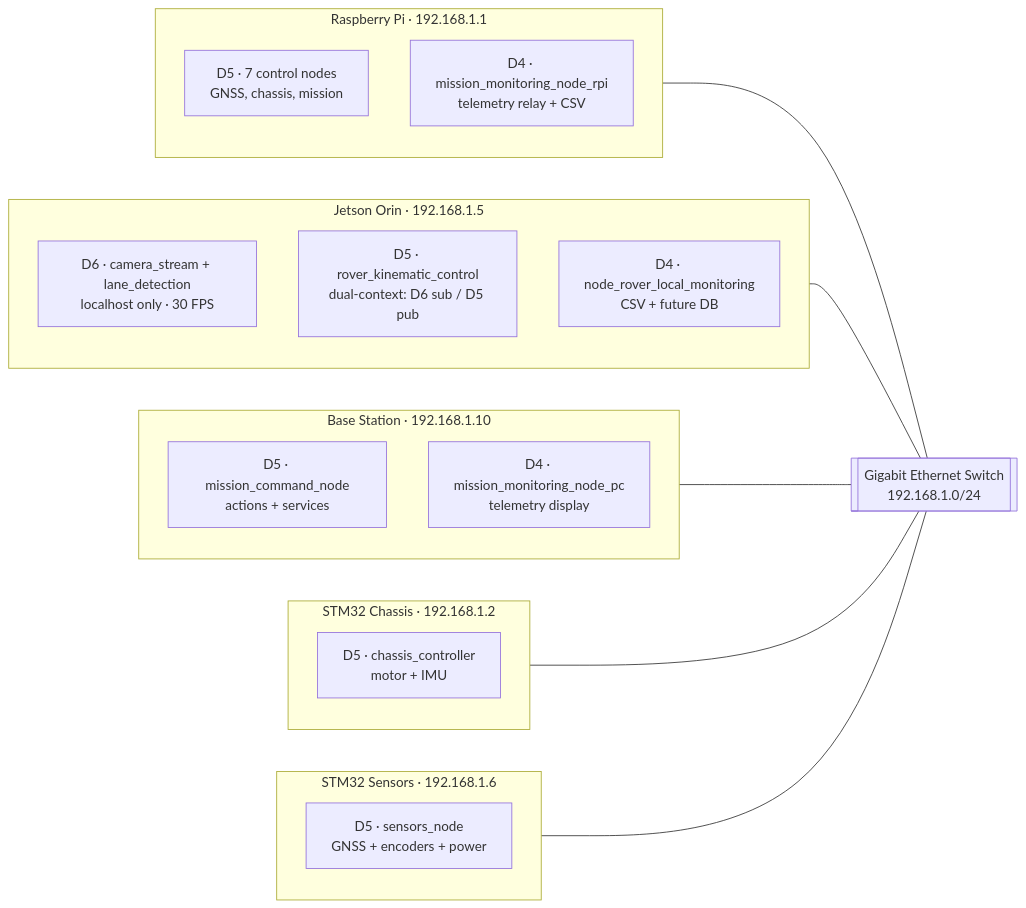
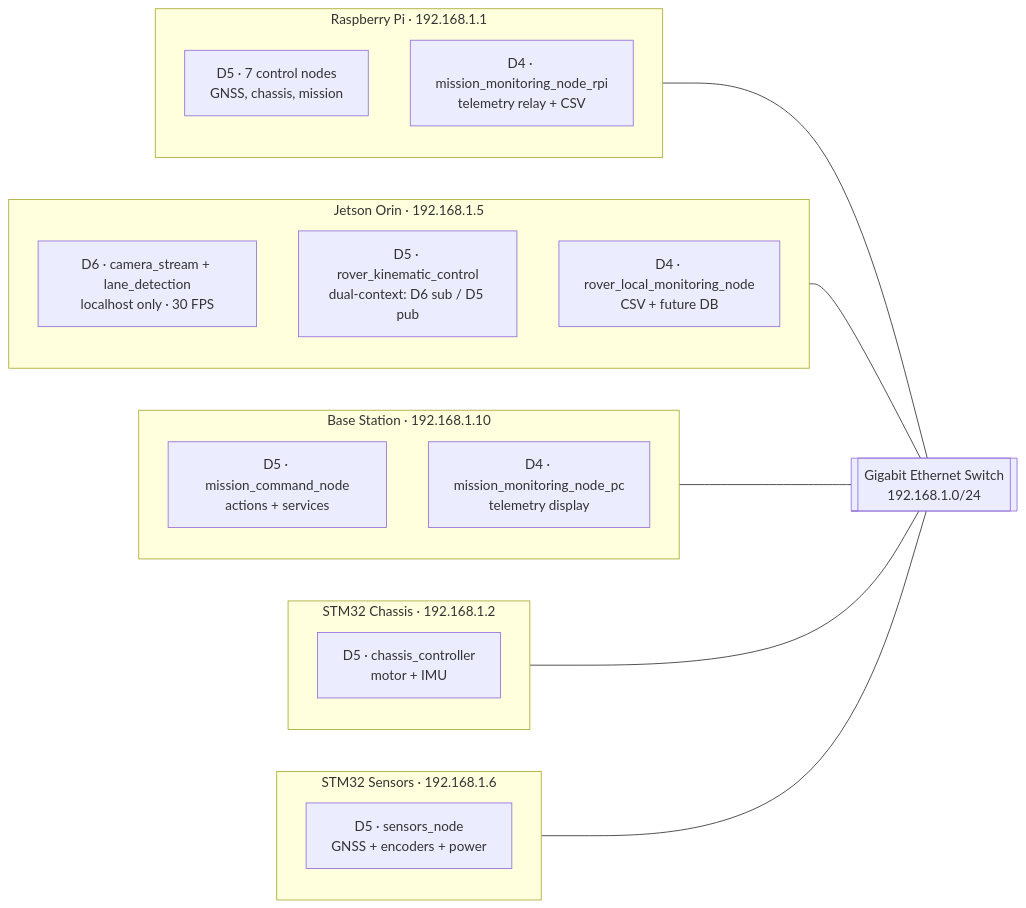
One commit to RoboticsGG/almondmatcha changed the first of 2 diagrams in docs/ARCHITECTURE.md. Above: the diagram before and after it, drawn with Mermaid. The commit also changed other lines of this file and 25 other files, not shown here.

````diff
--- a/docs/ARCHITECTURE.md
+++ b/docs/ARCHITECTURE.md
@@ -19,34 +19,34 @@
 ```mermaid
 graph LR
     SW[["Gigabit Ethernet Switch\n192.168.1.0/24"]]
 
     subgraph RPi ["Raspberry Pi · 192.168.1.1"]
         R1["D5 · 7 control nodes\nGNSS, chassis, mission"]
         R2["D4 · mission_monitoring_node_rpi\ntelemetry relay + CSV"]
     end
 
     subgraph JET ["Jetson Orin · 192.168.1.5"]
         J1["D6 · camera_stream + lane_detection\nlocalhost only · 30 FPS"]
         J2["D5 · rover_kinematic_control\ndual-context: D6 sub / D5 pub"]
-        J3["D4 · node_rover_local_monitoring\nCSV + future DB"]
+        J3["D4 · rover_local_monitoring_node\nCSV + future DB"]
     end
 
     subgraph BASE ["Base Station · 192.168.1.10"]
         B1["D5 · mission_command_node\nactions + services"]
         B2["D4 · mission_monitoring_node_pc\ntelemetry display"]
     end
 
     subgraph CHS ["STM32 Chassis · 192.168.1.2"]
         C1["D5 · chassis_controller\nmotor + IMU"]
     end
 
     subgraph SNS ["STM32 Sensors · 192.168.1.6"]
         S1["D5 · sensors_node\nGNSS + encoders + power"]
     end
 
     RPi --- SW
     JET --- SW
     BASE --- SW
     CHS --- SW
     SNS --- SW
 ```
````
